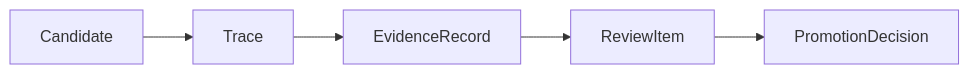
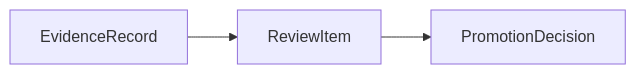
Before and after one commit to openboa-ai/ouroboros: the diagram in wiki/architecture/specs/14-review-item-contract.md, drawn with Mermaid. The commit also changed other lines of this file and 80 other files, not shown here.

Commit message:
docs: lock mlp-01 architecture design baseline

````diff
--- a/wiki/architecture/specs/14-review-item-contract.md
+++ b/wiki/architecture/specs/14-review-item-contract.md
@@ -106,7 +47,5 @@
 ```mermaid
 flowchart LR
-    A["Candidate"] --> B["Trace"]
-    B --> C["EvidenceRecord"]
-    C --> D["ReviewItem"]
-    D --> E["PromotionDecision"]
+    A["EvidenceRecord"] --> B["ReviewItem"]
+    B --> C["PromotionDecision"]
 ```
````
